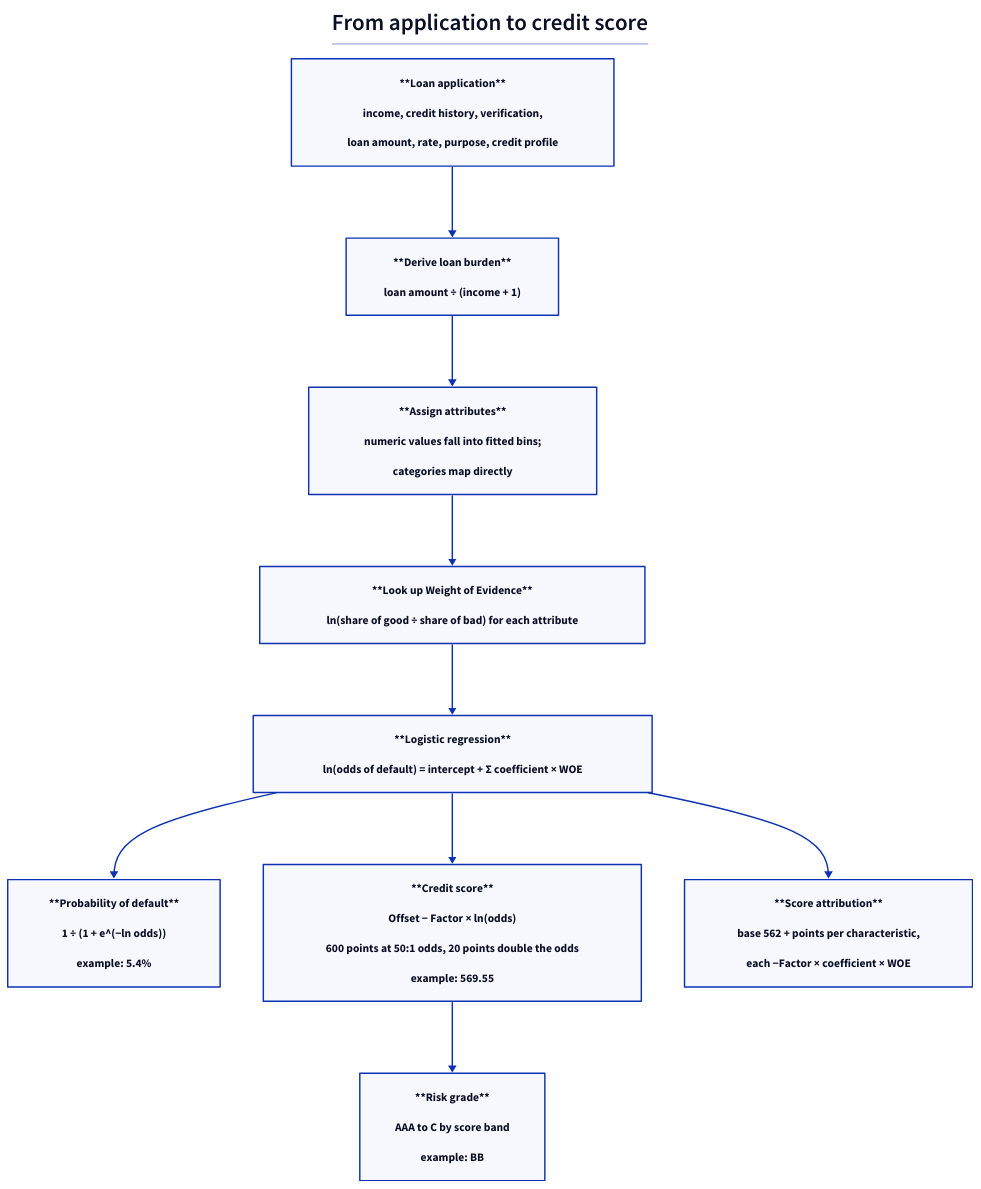
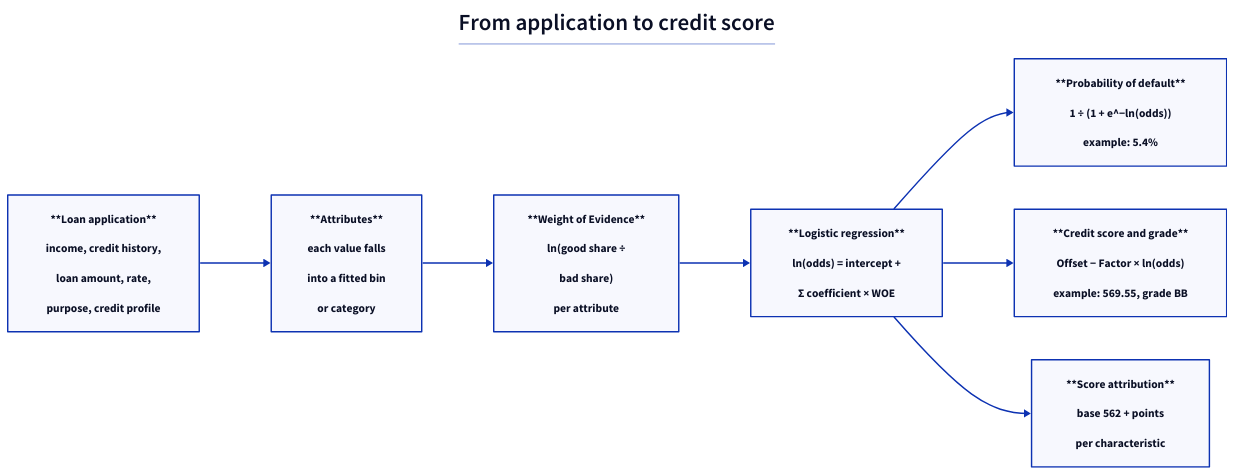
Before and after one commit to thaitri2005/Credit-Scorecard-for-Default-Prediction: the diagram in docs/diagrams/scoring-pipeline.d2, drawn with D2. The commit also changed 11 other files, not shown here.

First line of the commit message:
Lay the flow diagrams out horizontally; drop the Codecov upload

```diff
--- a/docs/diagrams/scoring-pipeline.d2
+++ b/docs/diagrams/scoring-pipeline.d2
@@ -1,72 +1,66 @@
-direction: down
+direction: right
 title: |md
   # From application to credit score
 | {near: top-center}
 
 input: |md
   **Loan application**
 
-  income, credit history, verification,
+  income, credit history,
 
-  loan amount, rate, purpose, credit profile
+  loan amount, rate,
+
+  purpose, credit profile
 | {shape: rectangle; class: actor}
-derive: |md
-  **Derive loan burden**
+bin: |md
+  **Attributes**
 
-  loan amount ÷ (income + 1)
-| {shape: rectangle; class: box}
-bin: |md
-  **Assign attributes**
+  each value falls
 
-  numeric values fall into fitted bins;
+  into a fitted bin
 
-  categories map directly
+  or category
 | {shape: rectangle; class: box}
 woe: |md
-  **Look up Weight of Evidence**
+  **Weight of Evidence**
 
-  ln(share of good ÷ share of bad) for each attribute
+  ln(good share ÷
+
+  bad share)
+
+  per attribute
 | {shape: rectangle; class: box}
 model: |md
   **Logistic regression**
 
-  ln(odds of default) = intercept + Σ coefficient × WOE
+  ln(odds) = intercept +
+
+  Σ coefficient × WOE
 | {shape: rectangle; class: key}
 pd: |md
   **Probability of default**
 
-  1 ÷ (1 + e^(−ln odds))
+  1 ÷ (1 + e^−ln(odds))
 
   example: 5.4%
 | {shape: rectangle; class: good}
 score: |md
-  **Credit score**
+  **Credit score and grade**
 
   Offset − Factor × ln(odds)
 
-  600 points at 50:1 odds, 20 points double the odds
-
-  example: 569.55
+  example: 569.55, grade BB
 | {shape: rectangle; class: good}
 points: |md
   **Score attribution**
 
-  base 562 + points per characteristic,
+  base 562 + points
 
-  each −Factor × coefficient × WOE
+  per characteristic
 | {shape: rectangle; class: good}
-grade: |md
-  **Risk grade**
-
-  AAA to C by score band
-
-  example: BB
-| {shape: rectangle; class: good}
-input -> derive
-derive -> bin
+input -> bin
 bin -> woe
 woe -> model
 model -> pd
 model -> score
 model -> points
-score -> grade
```
